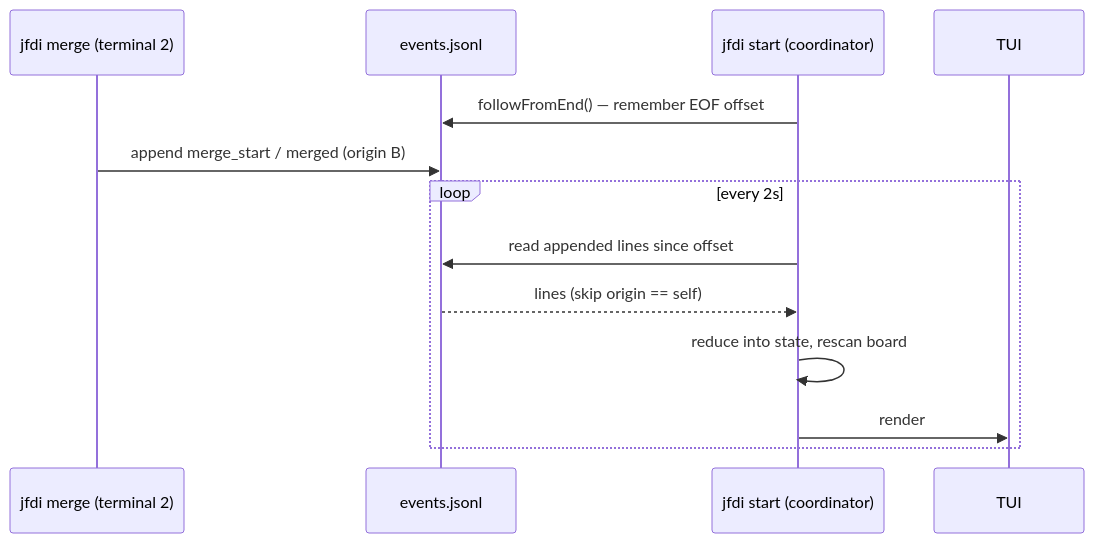
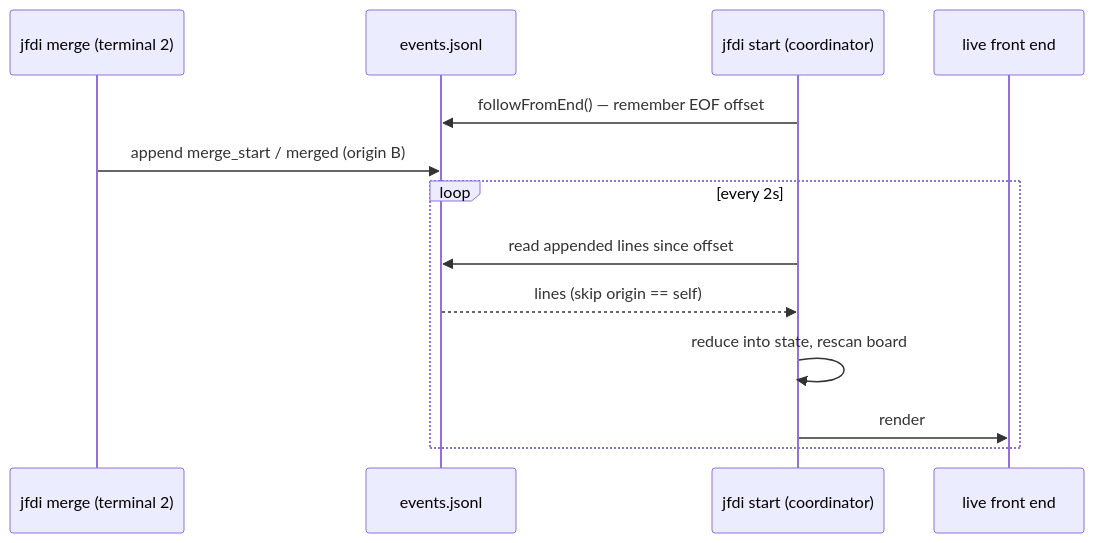
The second of 2 diagrams in docs/architecture/events-and-state.md (rdaruszka/jfdi), drawn with Mermaid before and after one commit. The commit also changed other lines of this file and 23 other files, not shown here.

````diff
--- a/docs/architecture/events-and-state.md
+++ b/docs/architecture/events-and-state.md
@@ -150,16 +151,16 @@
 ```mermaid
 sequenceDiagram
     participant M as jfdi merge (terminal 2)
     participant F as events.jsonl
     participant C as jfdi start (coordinator)
-    participant T as TUI
+    participant R as live front end
 
     C->>F: followFromEnd() — remember EOF offset
     M->>F: append merge_start / merged (origin B)
     loop every 2s
         C->>F: read appended lines since offset
         F-->>C: lines (skip origin == self)
         C->>C: reduce into state, rescan board
-        C->>T: render
+        C->>R: render
     end
 ```
````
